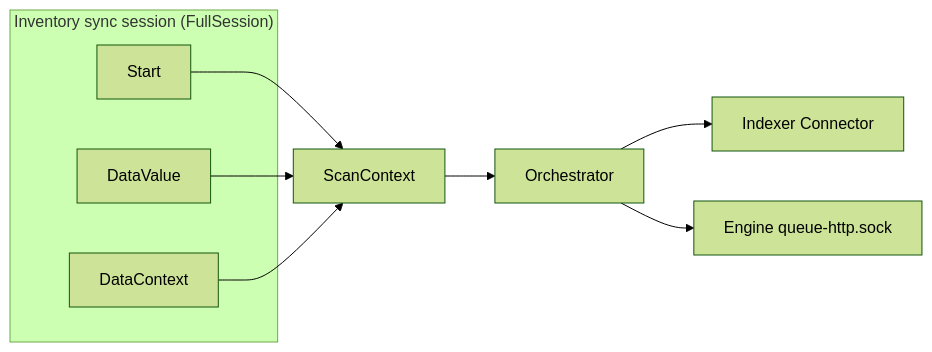
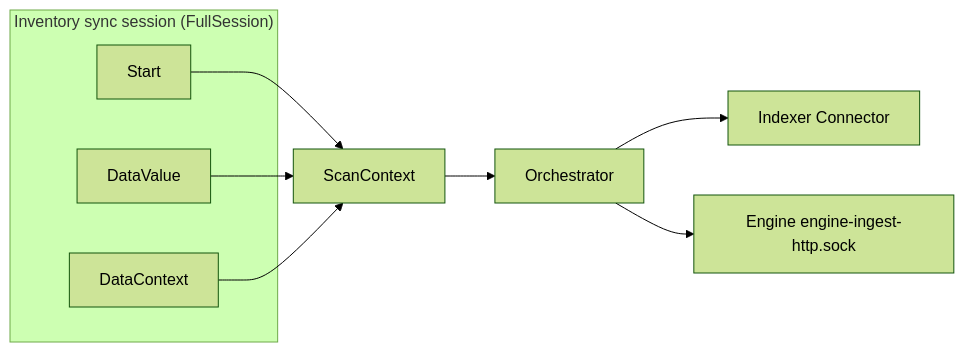
The first of 3 diagrams in docs/ref/modules/vulnerability-scanner/architecture.md (wazuh/wazuh), drawn with Mermaid (forest theme) before and after one commit. The commit also changed other lines of this file and 19 other files, not shown here.

First line of the commit message:
refactor: rename the Engine event ingestion socket to engine-ingest-http.sock

````diff
--- a/docs/ref/modules/vulnerability-scanner/architecture.md
+++ b/docs/ref/modules/vulnerability-scanner/architecture.md
@@ -11,14 +11,14 @@
 ```mermaid
 flowchart LR
   subgraph InventorySyncSession["Inventory sync session (FullSession)"]
     Start[Start]
     DataValue[DataValue]
     DataContext[DataContext]
   end
   Start --> ScanContext
   DataValue --> ScanContext
   DataContext --> ScanContext
   ScanContext --> Orchestrator
   Orchestrator --> Indexer[Indexer Connector]
-  Orchestrator --> Engine[Engine queue-http.sock]
+  Orchestrator --> Engine[Engine engine-ingest-http.sock]
 ```
````
